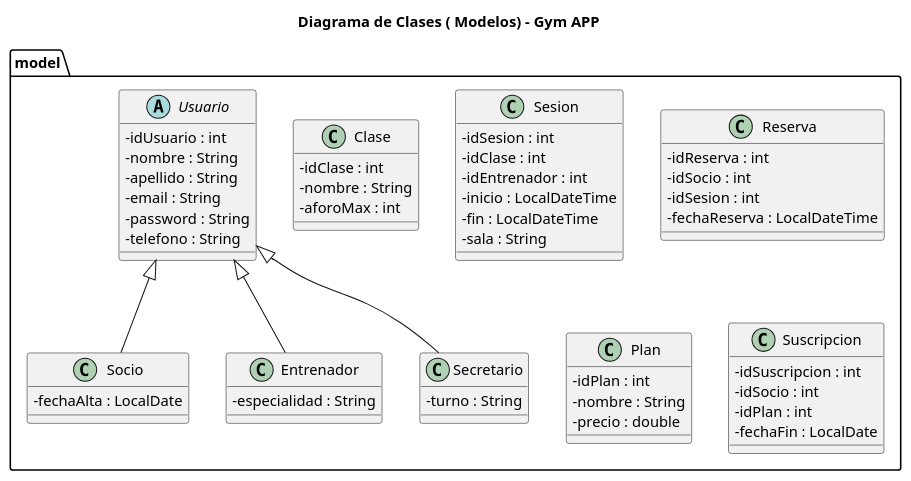
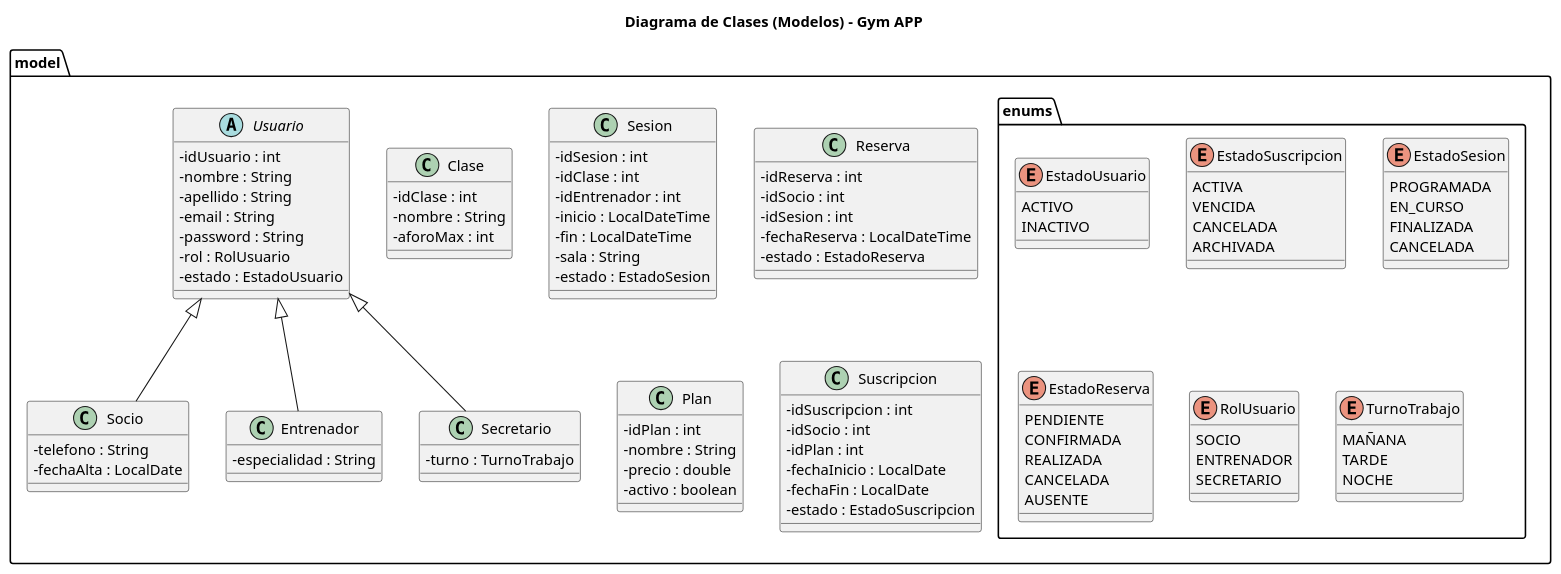
One commit to FerminGarridoMartinDAM/ProyectoInterModular1DAMAppGimnasio changed the diagram in docs/diagramasUML/DiagramaClases/Diagrama_Clases_UML_MODELOS.puml. Above: the diagram before and after it, drawn with PlantUML. The commit also changed 12 other files, not shown here.

```diff
--- a/docs/diagramasUML/DiagramaClases/Diagrama_Clases_UML_MODELOS.puml
+++ b/docs/diagramasUML/DiagramaClases/Diagrama_Clases_UML_MODELOS.puml
@@ -1,70 +1,110 @@
 @startuml
-title Diagrama de Clases ( Modelos) - Gym APP
+title Diagrama de Clases (Modelos) - Gym APP
 
 skinparam classAttributeIconSize 0
 
+package "model.enums" {
+    enum EstadoUsuario {
+        ACTIVO
+        INACTIVO
+    }
+    enum EstadoSuscripcion {
+        ACTIVA
+        VENCIDA
+        CANCELADA
+        ARCHIVADA
+    }
+    enum EstadoSesion {
+        PROGRAMADA
+        EN_CURSO
+        FINALIZADA
+        CANCELADA
+    }
+    enum EstadoReserva {
+        PENDIENTE
+        CONFIRMADA
+        REALIZADA
+        CANCELADA
+        AUSENTE
+    }
+    enum RolUsuario {
+        SOCIO
+        ENTRENADOR
+        SECRETARIO
+    }
+    enum TurnoTrabajo {
+        MAÑANA
+        TARDE
+        NOCHE
+    }
+}
 
 package "model" {
     
     abstract class Usuario {
         - idUsuario : int
         - nombre : String
         - apellido : String
         - email : String
         - password : String
-        - telefono : String
+        - rol : RolUsuario
+        - estado : EstadoUsuario
     }
 
-    class Socio {
+    class Socio extends Usuario {
+        - telefono : String
         - fechaAlta : LocalDate
     }
 
-    class Entrenador {
+    class Entrenador extends Usuario {
         - especialidad : String
     }
 
-    class Secretario {
-        - turno : String
+    class Secretario extends Usuario {
+        - turno : TurnoTrabajo
     }
 
     class Clase {
         - idClase : int
         - nombre : String
         - aforoMax : int
     }
 
     class Sesion {
         - idSesion : int
         - idClase : int
         - idEntrenador : int
         - inicio : LocalDateTime
         - fin : LocalDateTime
         - sala : String
+        - estado : EstadoSesion
     }
 
     class Reserva {
         - idReserva : int
         - idSocio : int
         - idSesion : int
         - fechaReserva : LocalDateTime
+        - estado : EstadoReserva
     }
 
     class Plan {
         - idPlan : int
         - nombre : String
         - precio : double
+        - activo : boolean
     }
 
     class Suscripcion {
         - idSuscripcion : int
         - idSocio : int
         - idPlan : int
+        - fechaInicio : LocalDate
         - fechaFin : LocalDate
+        - estado : EstadoSuscripcion
     }
+}
 
-    ' Herencia
-    Usuario <|-- Socio
-    Usuario <|-- Entrenador
-    Usuario <|-- Secretario
-}
+
+
 @enduml
```
